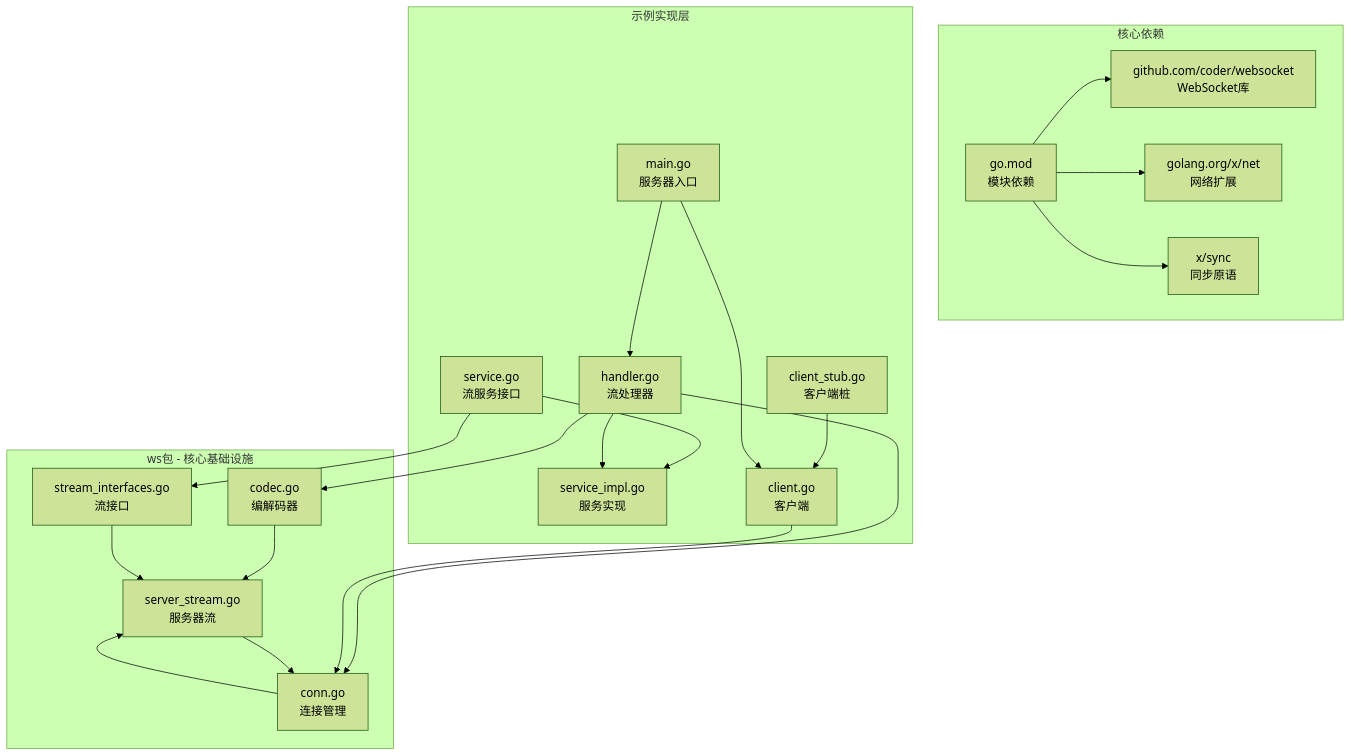
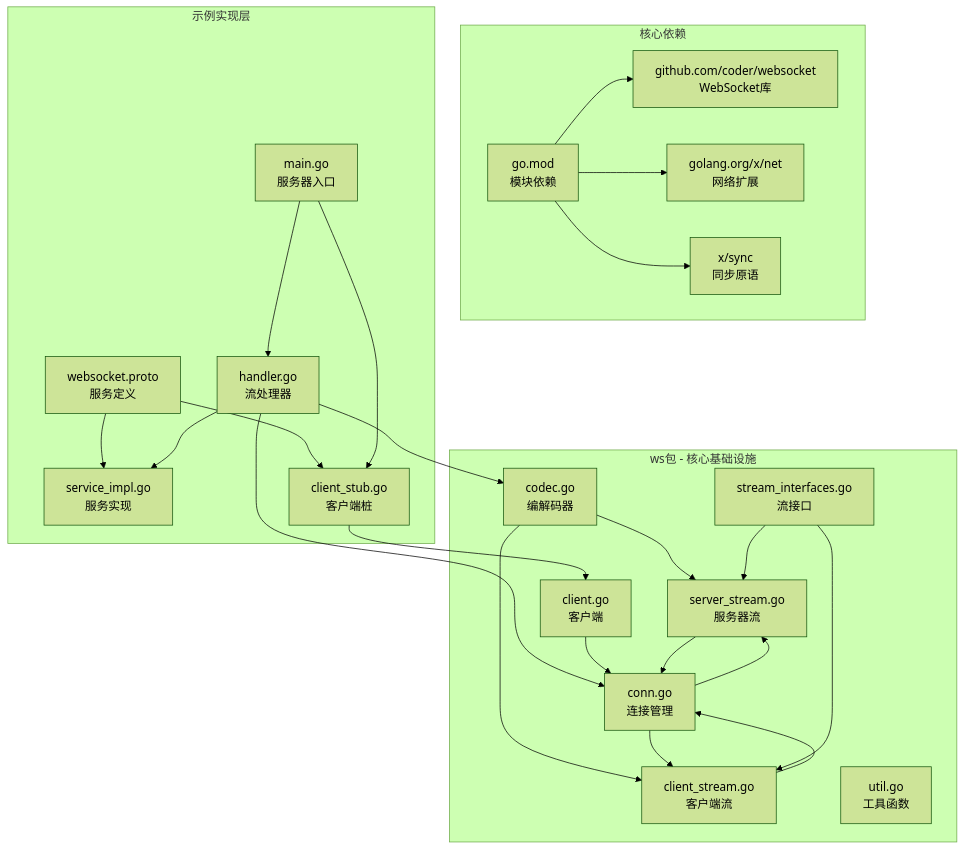
One commit to soyacen/goose changed diagram 15 of 15 in .agents/repowiki/zh/content/示例和最佳实践/WebSocket流式系统.md. Above: the diagram before and after it, drawn with Mermaid (forest theme). The commit also changed other lines of this file and 5 other files, not shown here.

````diff
--- a/.agents/repowiki/zh/content/示例和最佳实践/WebSocket流式系统.md
+++ b/.agents/repowiki/zh/content/示例和最佳实践/WebSocket流式系统.md
@@ -585,39 +583,45 @@
 ```mermaid
 graph TB
 subgraph "核心依赖"
 GoMod[go.mod<br/>模块依赖]
 WS[github.com/coder/websocket<br/>WebSocket库]
 NetHTTP[golang.org/x/net<br/>网络扩展]
 Sync[x/sync<br/>同步原语]
 end
 subgraph "ws包 - 核心基础设施"
 Codec[codec.go<br/>编解码器]
 Conn[conn.go<br/>连接管理]
+ClientStream[client_stream.go<br/>客户端流]
 ServerStream[server_stream.go<br/>服务器流]
 Interfaces[stream_interfaces.go<br/>流接口]
+Client[client.go<br/>客户端]
+Util[util.go<br/>工具函数]
 end
 subgraph "示例实现层"
-Service[service.go<br/>流服务接口]
+Proto[websocket.proto<br/>服务定义]
 ServiceImpl[service_impl.go<br/>服务实现]
 Handler[handler.go<br/>流处理器]
 ClientStub[client_stub.go<br/>客户端桩]
-Client[client.go<br/>客户端]
 Main[main.go<br/>服务器入口]
 end
 GoMod --> WS
 GoMod --> NetHTTP
 GoMod --> Sync
 Codec --> ServerStream
+Codec --> ClientStream
 Conn --> ServerStream
+Conn --> ClientStream
 Interfaces --> ServerStream
-Service --> ServiceImpl
-Service --> Interfaces
+Interfaces --> ClientStream
+Proto --> ClientStub
+Proto --> ServiceImpl
 Handler --> ServiceImpl
 Handler --> Codec
 Handler --> Conn
 ClientStub --> Client
 Client --> Conn
 ServerStream --> Conn
+ClientStream --> Conn
 Main --> Handler
-Main --> Client
+Main --> ClientStub
 ```
````
